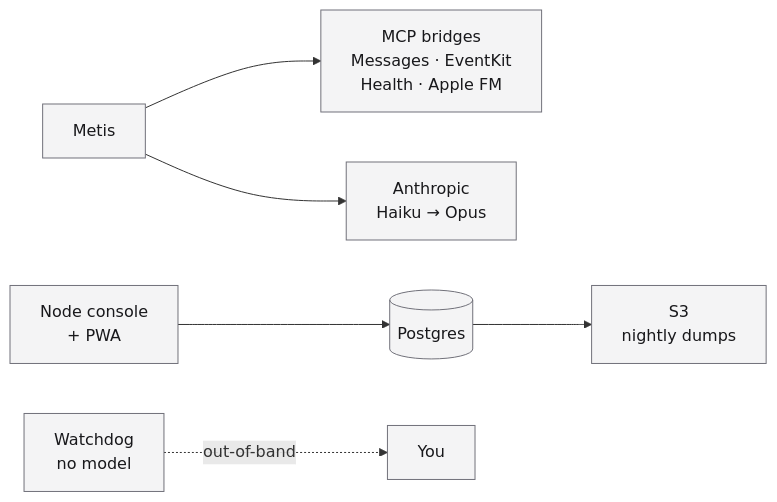
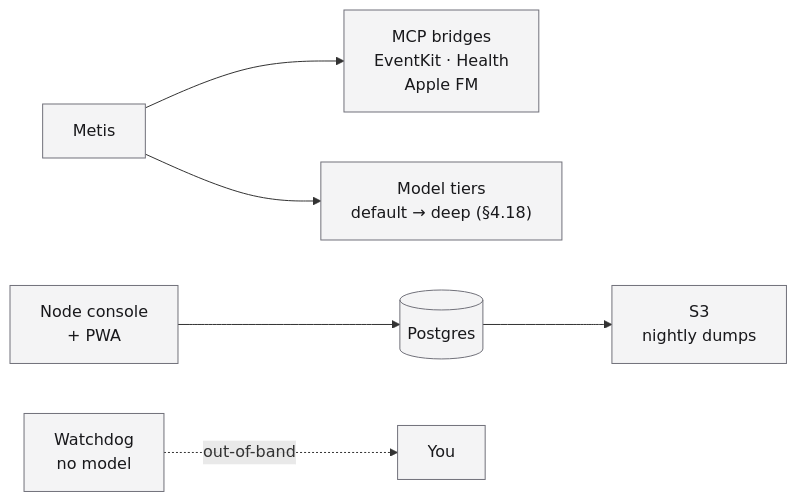
The second of 2 diagrams in metistry-build-plan.md (foldedspacelabs/metistry), drawn with Mermaid before and after one commit. The commit also changed other lines of this file and 2 other files, not shown here.

````diff
--- a/metistry-build-plan.md
+++ b/metistry-build-plan.md
@@ -53,20 +53,20 @@
 ```mermaid
 flowchart LR
   Metis["Metis"]
-  Bridges["MCP bridges<br/>Messages · EventKit<br/>Health · Apple FM"]
-  API["Anthropic<br/>Haiku → Opus"]
+  Bridges["MCP bridges<br/>EventKit · Health<br/>Apple FM"]
+  API["Model tiers<br/>default → deep (§4.18)"]
   Console["Node console<br/>+ PWA"]
   PG[("Postgres")]
   S3["S3<br/>nightly dumps"]
   Watch["Watchdog<br/>no model"]
   You["You"]
 
   Metis --> Bridges
   Metis --> API
   Console --> PG
   PG --> S3
   Watch -.->|"out-of-band"| You
 
   classDef n fill:#f4f4f5,stroke:#71717a,color:#18181b
   class Metis,Bridges,API,Console,PG,S3,Watch,You n
 ```
````
